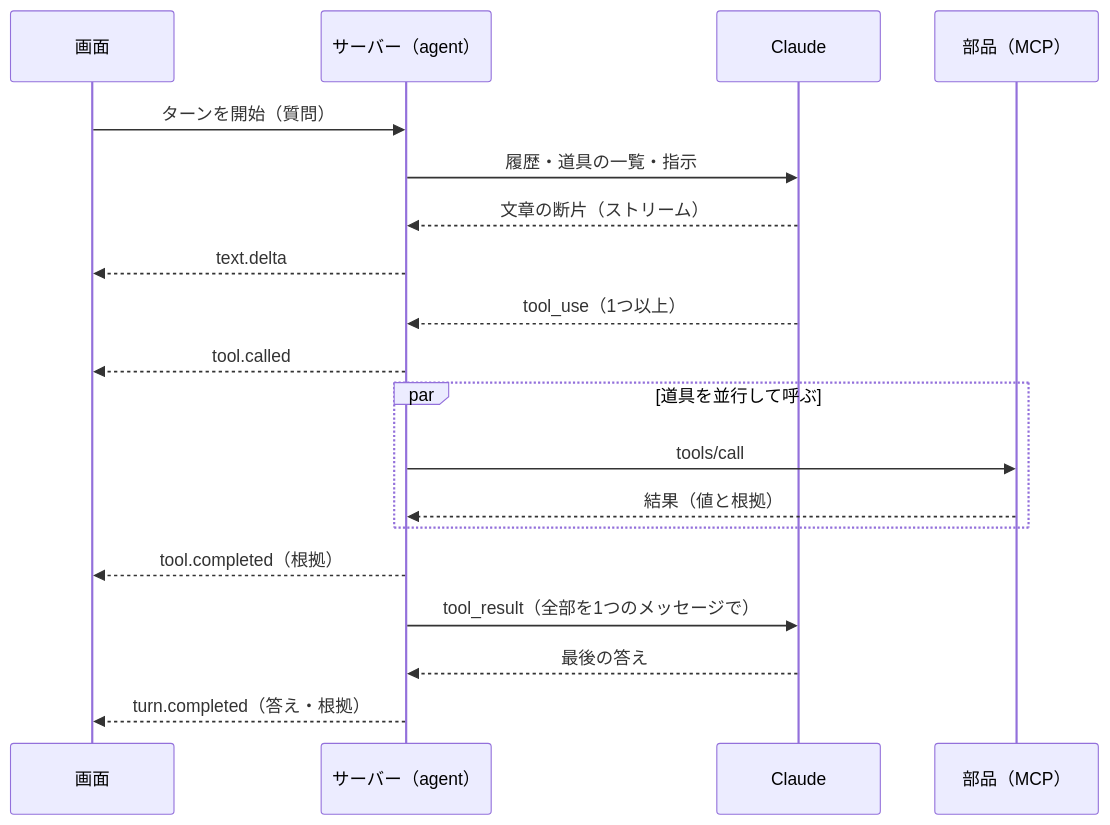
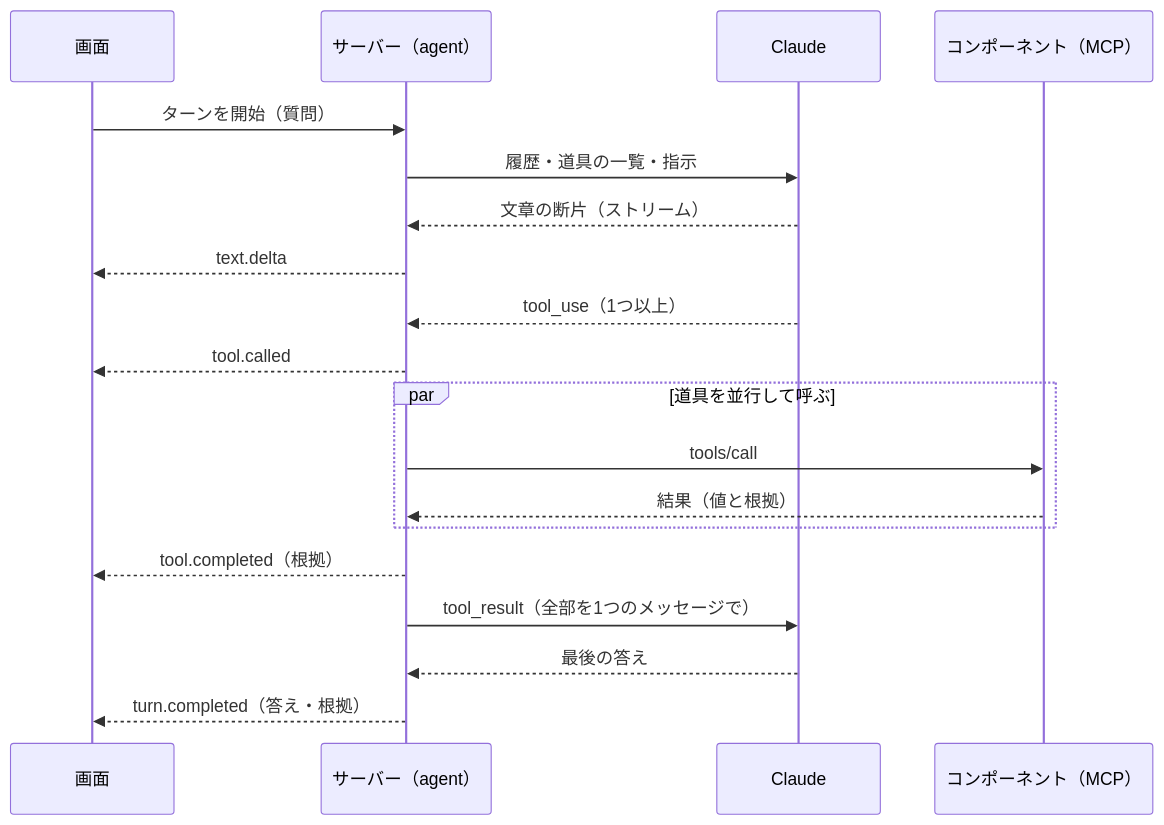
The second of 2 diagrams in docs/architecture.md (abeouga/agorack), drawn with Mermaid before and after one commit. The commit also changed other lines of this file and 12 other files, not shown here.

````diff
--- a/docs/architecture.md
+++ b/docs/architecture.md
@@ -195,22 +192,22 @@
 ```mermaid
 sequenceDiagram
   participant W as 画面
   participant S as サーバー（agent）
   participant C as Claude
-  participant P as 部品（MCP）
+  participant P as コンポーネント（MCP）
 
   W->>S: ターンを開始（質問）
   S->>C: 履歴・道具の一覧・指示
   C-->>S: 文章の断片（ストリーム）
   S-->>W: text.delta
   C-->>S: tool_use（1つ以上）
   S-->>W: tool.called
   par 道具を並行して呼ぶ
     S->>P: tools/call
     P-->>S: 結果（値と根拠）
   end
   S-->>W: tool.completed（根拠）
   S->>C: tool_result（全部を1つのメッセージで）
   C-->>S: 最後の答え
   S-->>W: turn.completed（答え・根拠）
 ```
````
